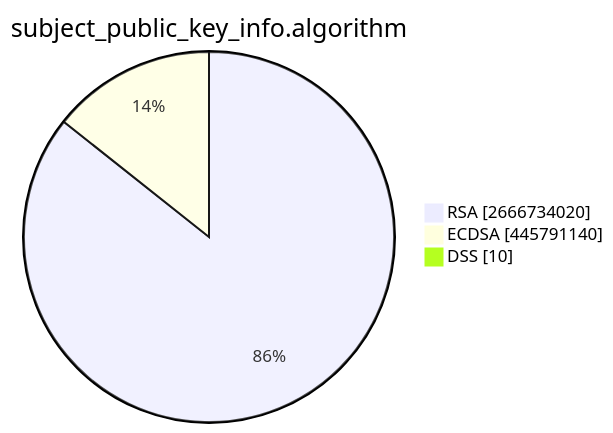
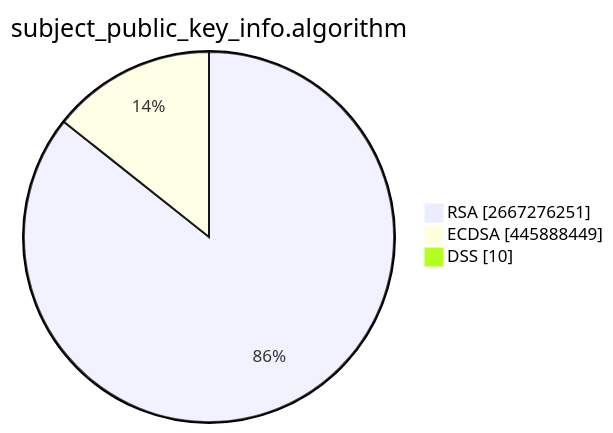
One commit to christiankrug/ctmonitor_visualization changed the second of 15 diagrams in TOTAL/README.md. Above: the diagram before and after it, drawn with Mermaid. The commit also changed other lines of this file, not shown here.

````diff
--- a/TOTAL/README.md
+++ b/TOTAL/README.md
@@ -6,7 +6,7 @@
 ```mermaid
 pie showData
 title subject_public_key_info.algorithm
-"RSA" :2666734020
-"ECDSA" :445791140
+"RSA" :2667276251
+"ECDSA" :445888449
 "DSS" :10
 ```
````
